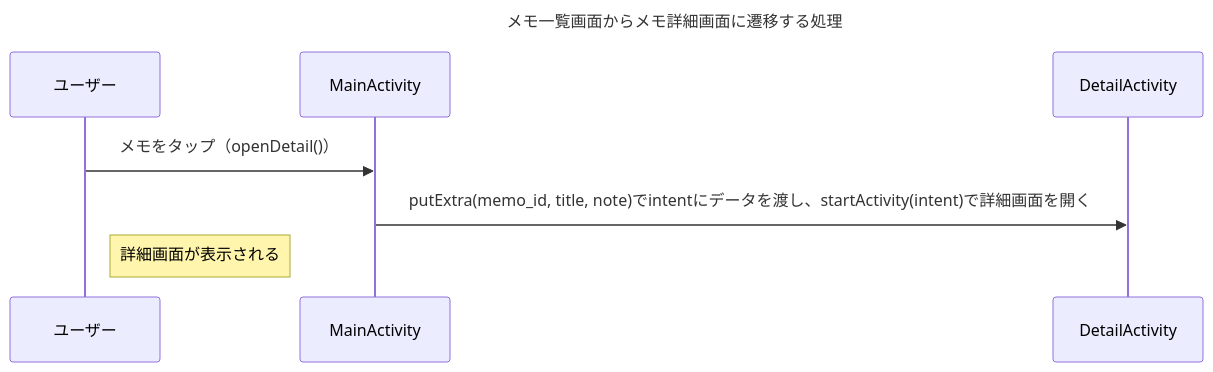
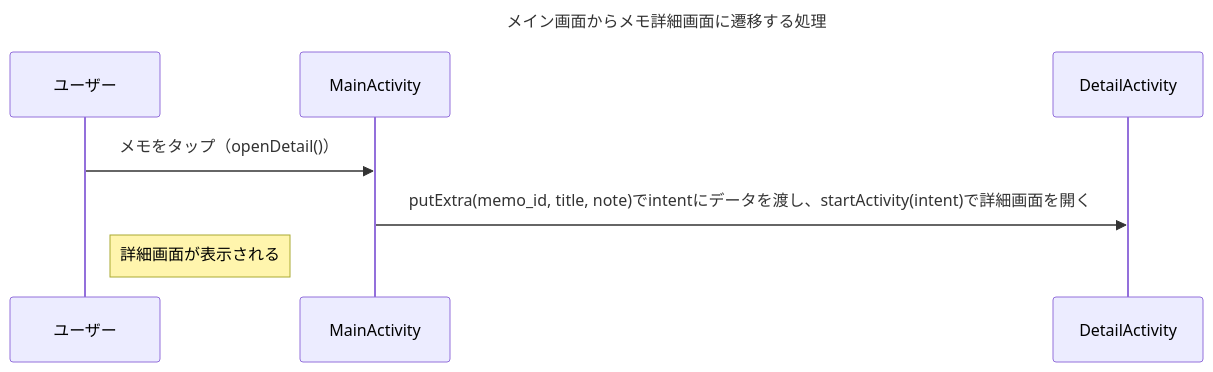
Before and after one commit to masu314/memo: the second of 7 diagrams in README.md, drawn with Mermaid. The commit also changed other lines of this file, not shown here.

Commit message:
[update]README.mdにメイン画面から新規作成画面に遷移するシーケンス図を作成

````diff
--- a/README.md
+++ b/README.md
@@ -20,11 +20,11 @@
 ```mermaid
 sequenceDiagram
-    title メモ一覧画面からメモ詳細画面に遷移する処理
+    title メイン画面からメモ詳細画面に遷移する処理
     participant User as ユーザー
     participant Main as MainActivity
     participant Detail as DetailActivity
 
     User->>Main: メモをタップ（openDetail()）
     Main->>Detail: putExtra(memo_id, title, note)でintentにデータを渡し、startActivity(intent)で詳細画面を開く
     note right of User: 詳細画面が表示される
 ```
````
